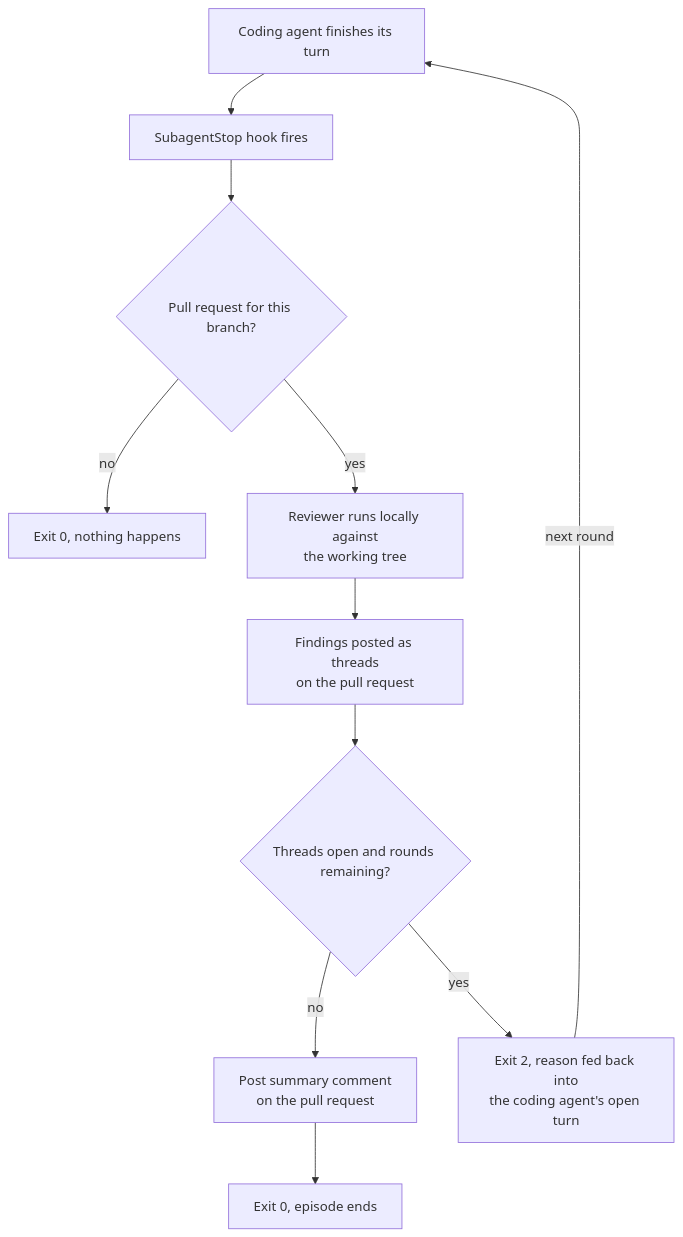
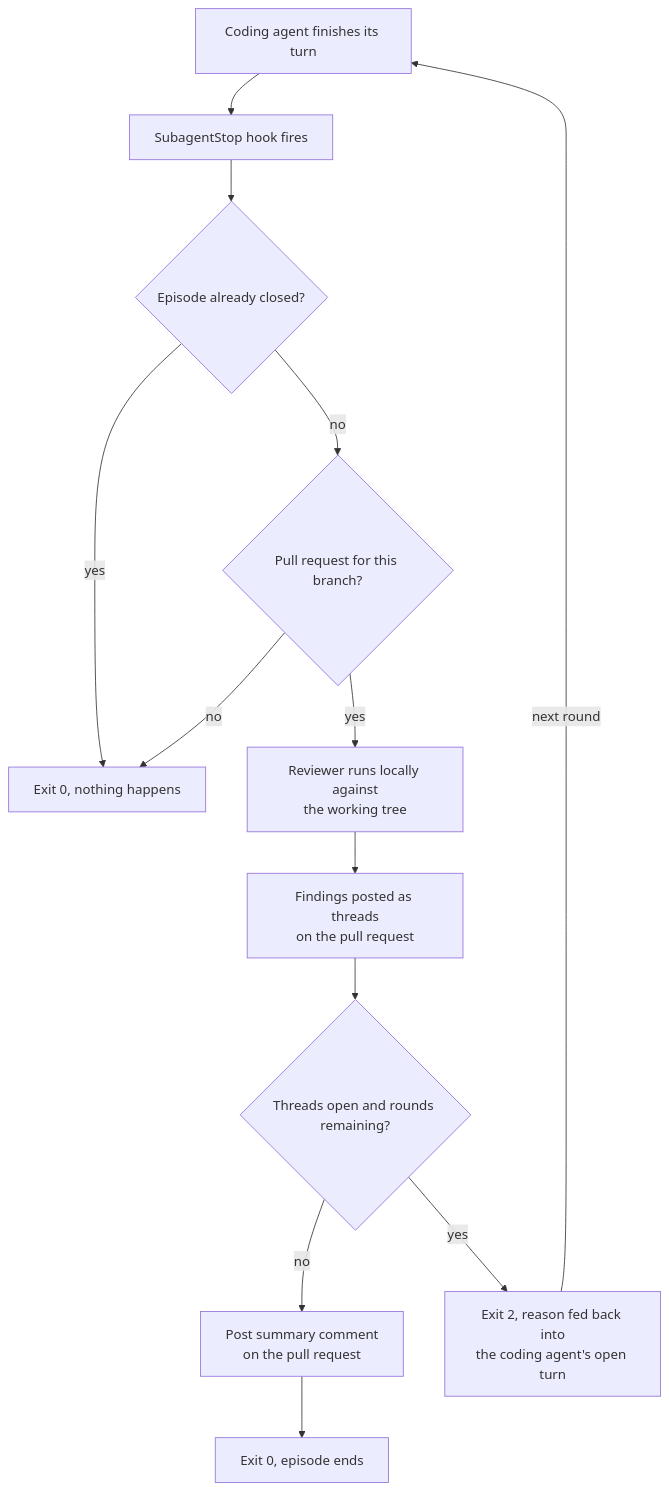
One commit to jacygao/squiz changed the first of 2 diagrams in docs/specs/review-harness-spec.md. Above: the diagram before and after it, drawn with Mermaid. The commit also changed other lines of this file and 6 other files, not shown here.

````diff
--- a/docs/specs/review-harness-spec.md
+++ b/docs/specs/review-harness-spec.md
@@ -120,13 +121,15 @@
 ```mermaid
 flowchart TD
     A[Coding agent finishes its turn] --> B[SubagentStop hook fires]
-    B --> C{Pull request for this branch?}
-    C -->|no| D[Exit 0, nothing happens]
+    B --> K{Episode already closed?}
+    K -->|yes| D[Exit 0, nothing happens]
+    K -->|no| C{Pull request for this branch?}
+    C -->|no| D
     C -->|yes| E[Reviewer runs locally against<br/>the working tree]
     E --> F[Findings posted as threads<br/>on the pull request]
     F --> G{Threads open and rounds remaining?}
     G -->|no| I[Post summary comment<br/>on the pull request]
     I --> J[Exit 0, episode ends]
     G -->|yes| H[Exit 2, reason fed back into<br/>the coding agent's open turn]
     H -->|next round| A
 ```
````
